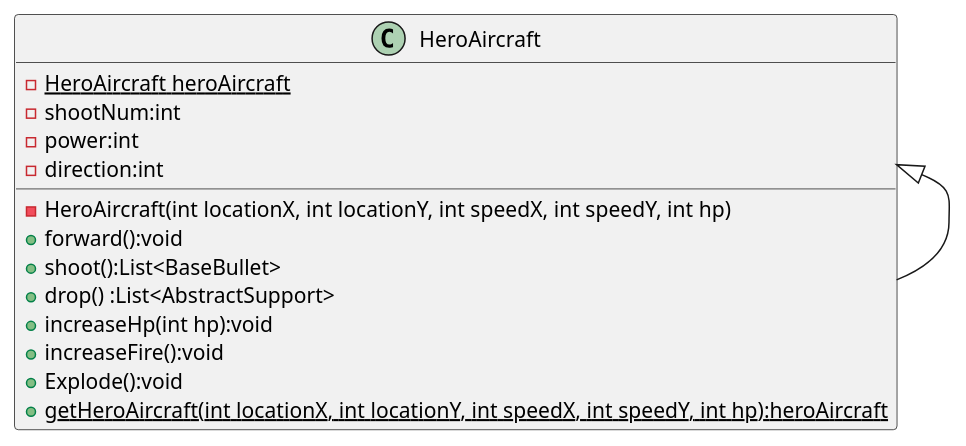
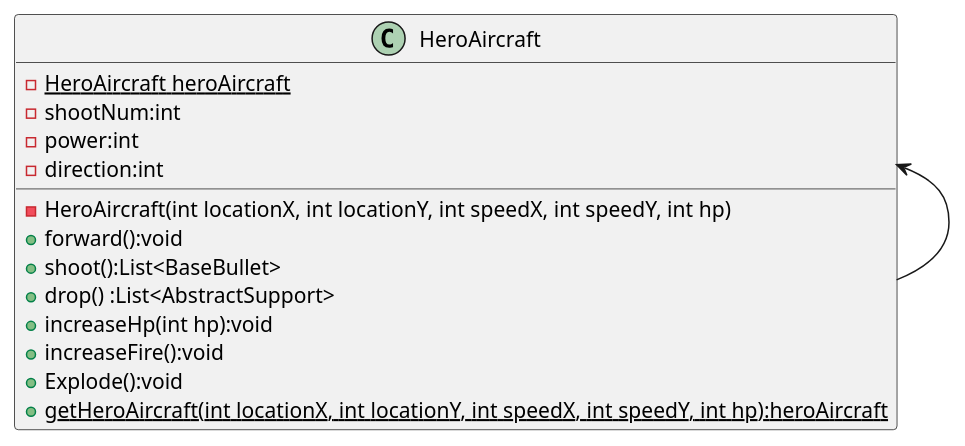
Before and after one commit to hazuki-nana/COMP2027: the diagram in uml/SimpleExample.puml, drawn with PlantUML. The commit also changed 2 other files, not shown here.

```diff
--- a/uml/SimpleExample.puml
+++ b/uml/SimpleExample.puml
@@ -1,18 +1,18 @@
 @startuml
 class HeroAircraft {
     - {static}HeroAircraft heroAircraft
     - shootNum:int
     - power:int
     - direction:int
     - HeroAircraft(int locationX, int locationY, int speedX, int speedY, int hp)
     + forward():void
     + shoot():List<BaseBullet>
     + drop() :List<AbstractSupport>
     + increaseHp(int hp):void
     + increaseFire():void
     + Explode():void
     + {static}getHeroAircraft(int locationX, int locationY, int speedX, int speedY, int hp):heroAircraft
 }
-HeroAircraft <|-- HeroAircraft
+HeroAircraft <-- HeroAircraft
 
 @enduml
```
